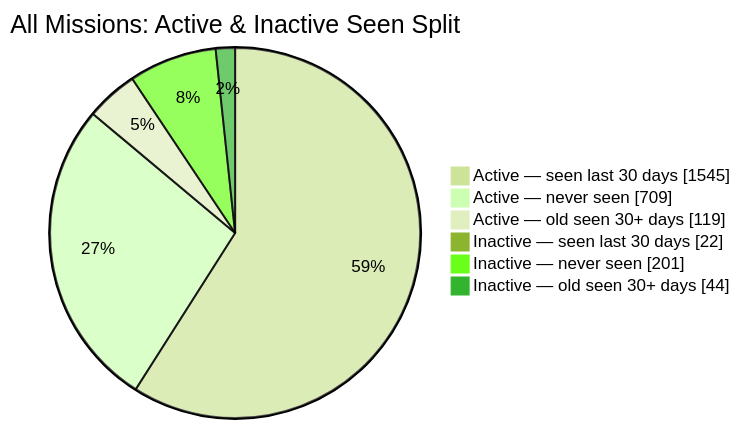
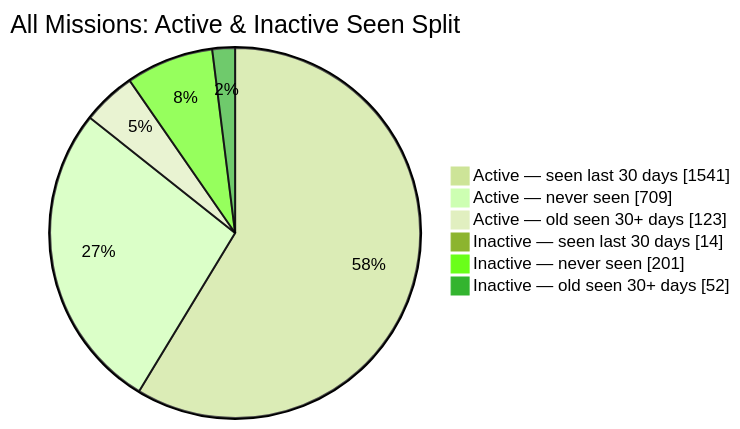
One commit to MeldkamerspelGameTeam/active-missions changed the second of 2 diagrams in README.md. Above: the diagram before and after it, drawn with Mermaid (forest theme). The commit also changed other lines of this file and 2 other files, not shown here.

````diff
--- a/README.md
+++ b/README.md
@@ -44,10 +44,10 @@
 ```mermaid
 pie showData
     title All Missions: Active & Inactive Seen Split
-    "Active — seen last 30 days" : 1545
+    "Active — seen last 30 days" : 1541
     "Active — never seen" : 709
-    "Active — old seen 30+ days" : 119
-    "Inactive — seen last 30 days" : 22
+    "Active — old seen 30+ days" : 123
+    "Inactive — seen last 30 days" : 14
     "Inactive — never seen" : 201
-    "Inactive — old seen 30+ days" : 44
+    "Inactive — old seen 30+ days" : 52
 ```
````
